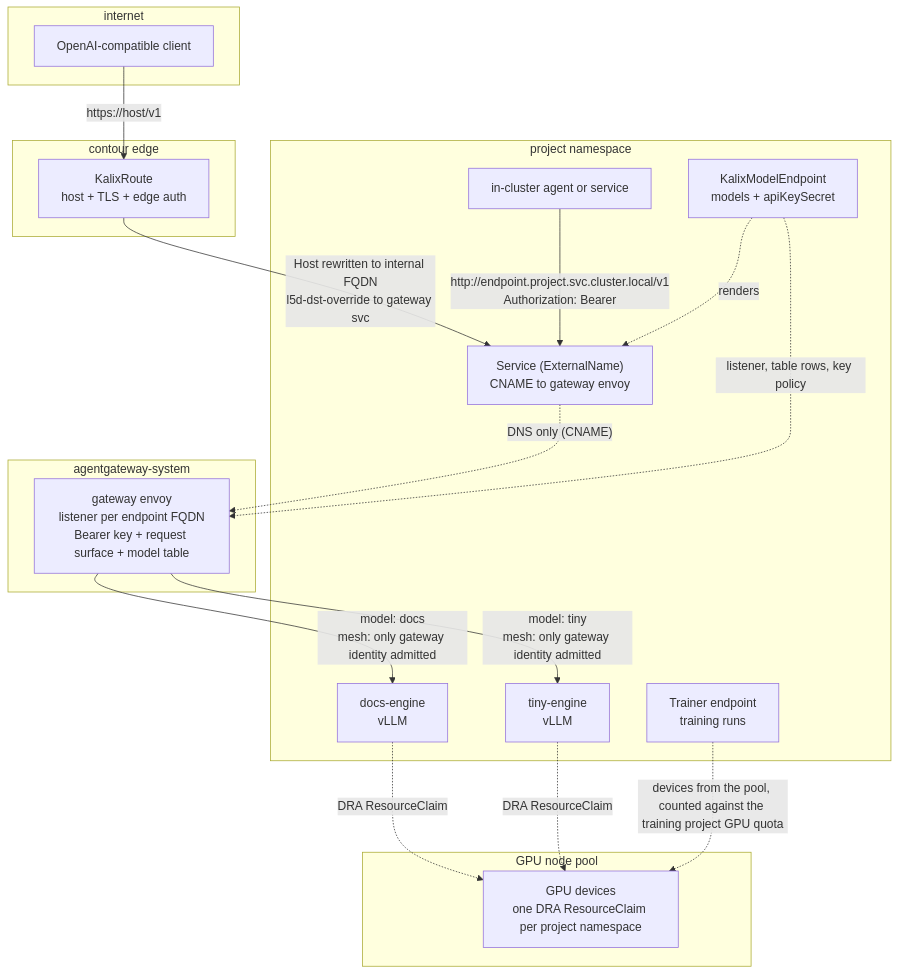
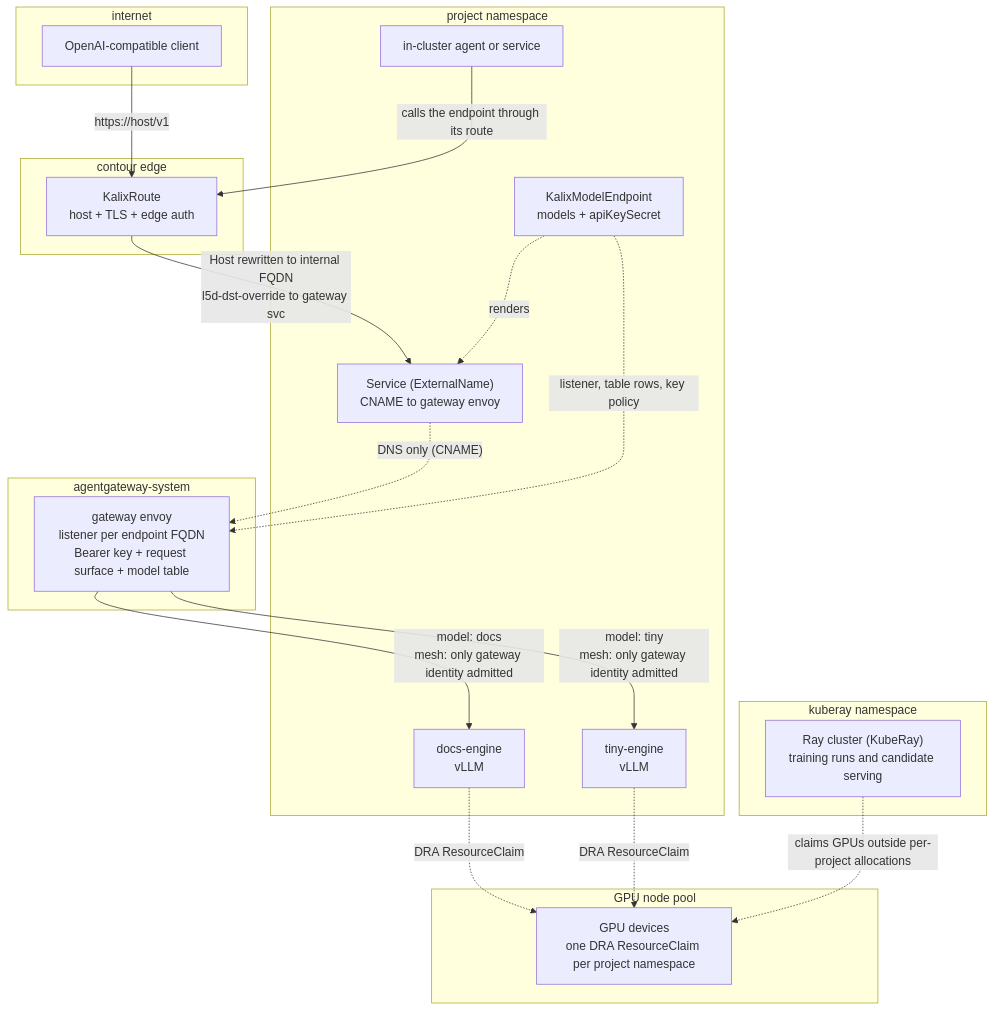
The diagram in docs/src/modules/operations/partials/model-request-diagram.mmd (akka/akka-sdk), drawn with Mermaid before and after one commit. The commit also changed 10 other files, not shown here.

Commit message:
docs: follow the latest sources for the diagram and training access, remove PDF links, and open the data flows grids in the same tab

```diff
--- a/docs/src/modules/operations/partials/model-request-diagram.mmd
+++ b/docs/src/modules/operations/partials/model-request-diagram.mmd
@@ -1,32 +1,34 @@
 flowchart TD
     subgraph internet["internet"]
         client["OpenAI-compatible client"]
     end
     subgraph edge["contour edge"]
         route["KalixRoute<br/>host + TLS + edge auth"]
     end
     subgraph project["project namespace"]
         agent["in-cluster agent or service"]
         endpoint["KalixModelEndpoint<br/>models + apiKeySecret"]
         svc["Service (ExternalName)<br/>CNAME to gateway envoy"]
         docs["docs-engine<br/>vLLM"]
         tiny["tiny-engine<br/>vLLM"]
-        trainer["Trainer endpoint<br/>training runs"]
+    end
+    subgraph kuberay["kuberay namespace"]
+        ray["Ray cluster (KubeRay)<br/>training runs and candidate serving"]
     end
     subgraph gpus["GPU node pool"]
         gpu["GPU devices<br/>one DRA ResourceClaim per project namespace"]
     end
     subgraph gwsys["agentgateway-system"]
         gw["gateway envoy<br/>listener per endpoint FQDN<br/>Bearer key + request surface + model table"]
     end
     client -->|"https://host/v1"| route
     route -->|"Host rewritten to internal FQDN<br/>l5d-dst-override to gateway svc"| svc
-    agent -->|"http://endpoint.project.svc.cluster.local/v1<br/>Authorization: Bearer"| svc
+    agent -->|"calls the endpoint through its route"| route
     endpoint -.->|"renders"| svc
     svc -.->|"DNS only (CNAME)"| gw
     endpoint -.->|"listener, table rows, key policy"| gw
     gw -->|"model: docs<br/>mesh: only gateway identity admitted"| docs
     gw -->|"model: tiny<br/>mesh: only gateway identity admitted"| tiny
     docs -.->|"DRA ResourceClaim"| gpu
     tiny -.->|"DRA ResourceClaim"| gpu
-    trainer -.->|"devices from the pool, counted against the training project GPU quota"| gpu
+    ray -.->|"claims GPUs outside per-project allocations"| gpu
```
